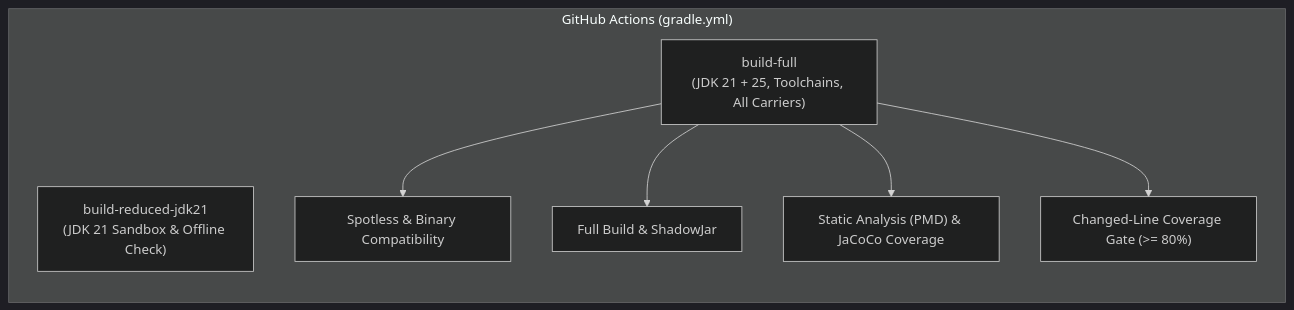
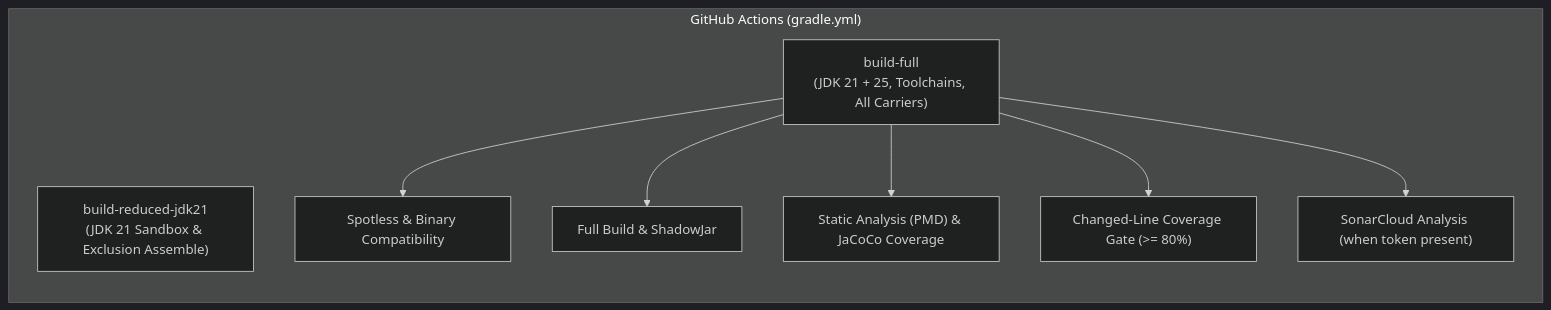
One commit to DailyStruggle/RTP changed the second of 2 diagrams in docs/dev/PULL_REQUEST_PROCESS.md. Above: the diagram before and after it, drawn with Mermaid (dark theme). The commit also changed other lines of this file and 5 other files, not shown here.

````diff
--- a/docs/dev/PULL_REQUEST_PROCESS.md
+++ b/docs/dev/PULL_REQUEST_PROCESS.md
@@ -192,12 +192,13 @@
 ```mermaid
 flowchart LR
     subgraph CI["GitHub Actions (gradle.yml)"]
         direction TB
-        A["build-reduced-jdk21\n(JDK 21 Sandbox & Offline Check)"]
+        A["build-reduced-jdk21\n(JDK 21 Sandbox & Exclusion Assemble)"]
         B["build-full\n(JDK 21 + 25, Toolchains, All Carriers)"]
         B --> C["Spotless & Binary Compatibility"]
         B --> D["Full Build & ShadowJar"]
         B --> E["Static Analysis (PMD) & JaCoCo Coverage"]
         B --> F["Changed-Line Coverage Gate (>= 80%)"]
+        B --> G["SonarCloud Analysis (when token present)"]
     end
 ```
````
